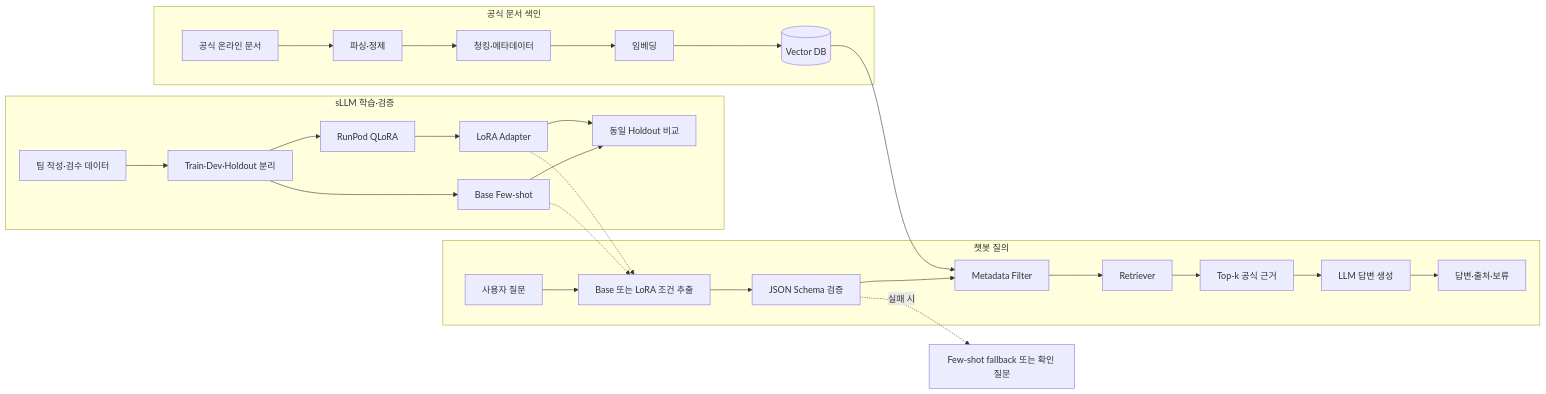
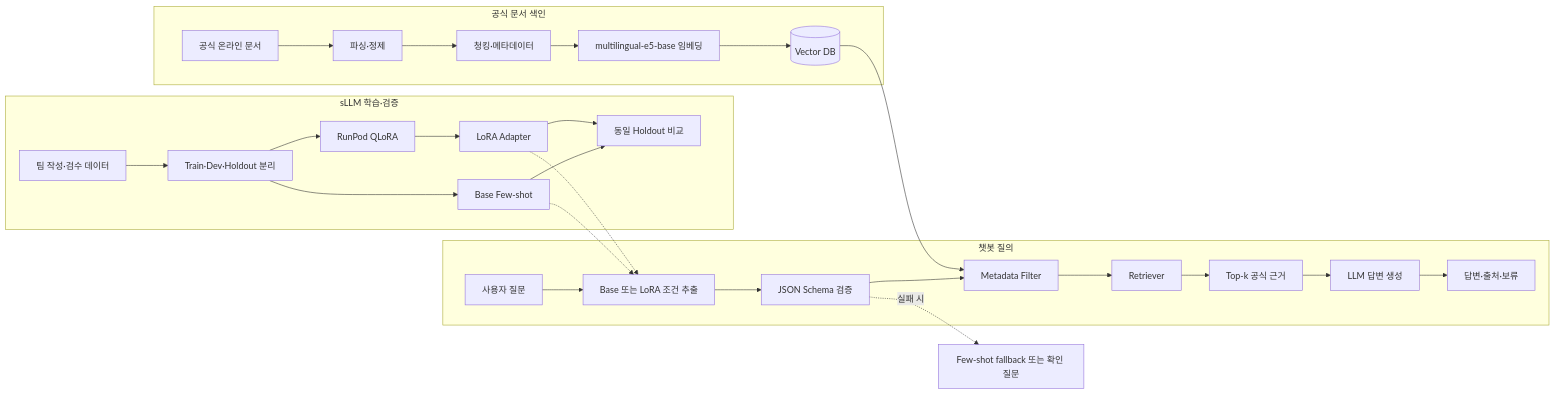
Before and after one commit to skn-33-Raspberry-Pi-Assistant/.github: the diagram in profile/README.md, drawn with Mermaid. The commit also changed other lines of this file, not shown here.

Commit message:
docs: document multilingual RAG settings

````diff
--- a/profile/README.md
+++ b/profile/README.md
@@ -81,33 +83,33 @@
 ```mermaid
 flowchart LR
     subgraph INDEX[공식 문서 색인]
         A[공식 온라인 문서] --> B[파싱·정제]
         B --> C[청킹·메타데이터]
-        C --> D[임베딩]
+        C --> D[multilingual-e5-base 임베딩]
         D --> E[(Vector DB)]
     end
 
     subgraph TRAIN[sLLM 학습·검증]
         T1[팀 작성·검수 데이터] --> T2[Train·Dev·Holdout 분리]
         T2 --> T3[Base Few-shot]
         T2 --> T4[RunPod QLoRA]
         T4 --> T5[LoRA Adapter]
         T3 --> T6[동일 Holdout 비교]
         T5 --> T6
     end
 
     subgraph QUERY[챗봇 질의]
         Q1[사용자 질문] --> Q2[Base 또는 LoRA 조건 추출]
         T3 -.-> Q2
         T5 -.-> Q2
         Q2 --> Q3[JSON Schema 검증]
         Q3 --> Q4[Metadata Filter]
         E --> Q4
         Q4 --> Q5[Retriever]
         Q5 --> Q6[Top-k 공식 근거]
         Q6 --> Q7[LLM 답변 생성]
         Q7 --> Q8[답변·출처·보류]
     end
 
     Q3 -. 실패 시 .-> Q9[Few-shot fallback 또는 확인 질문]
 ```
````
